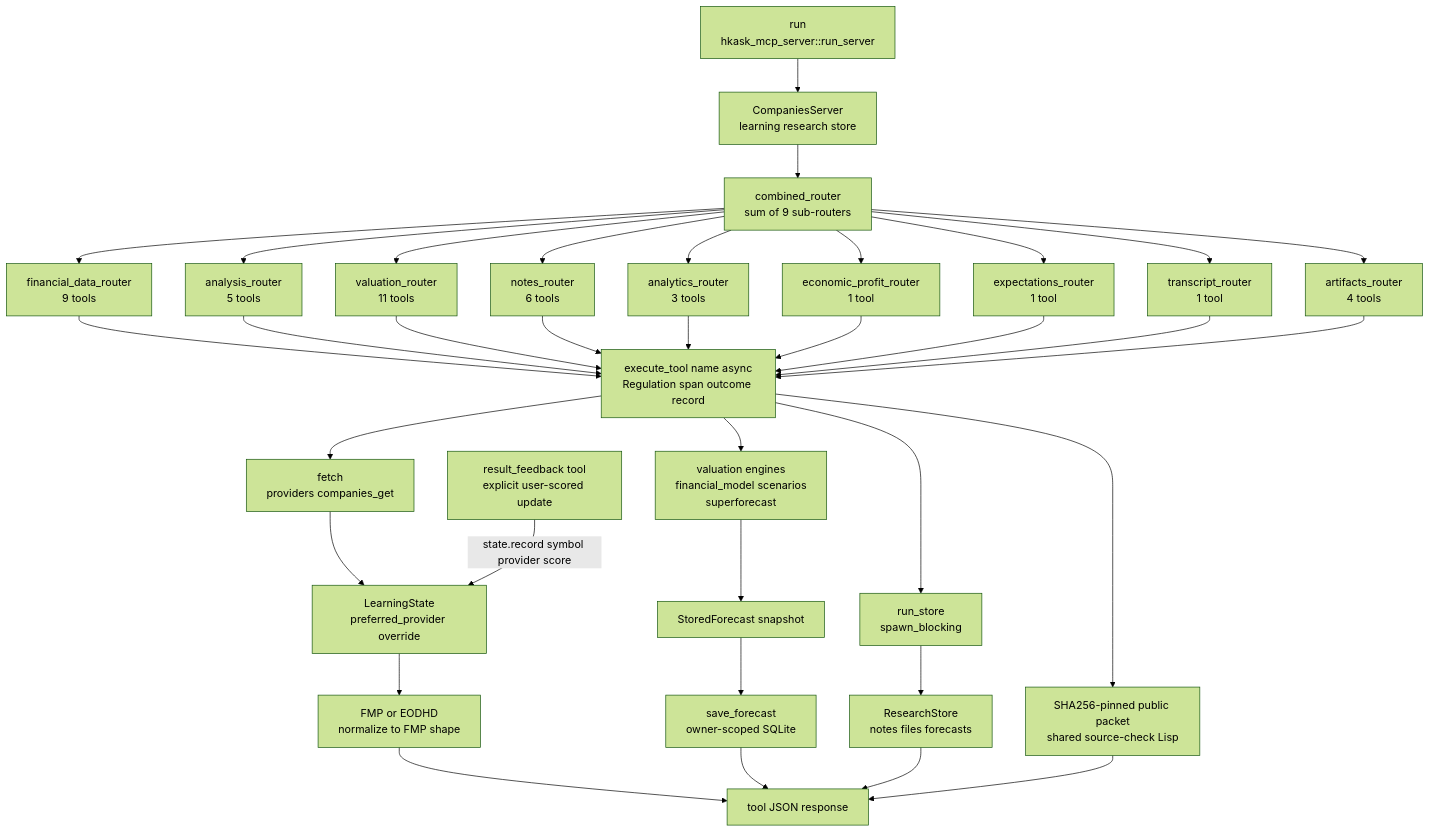
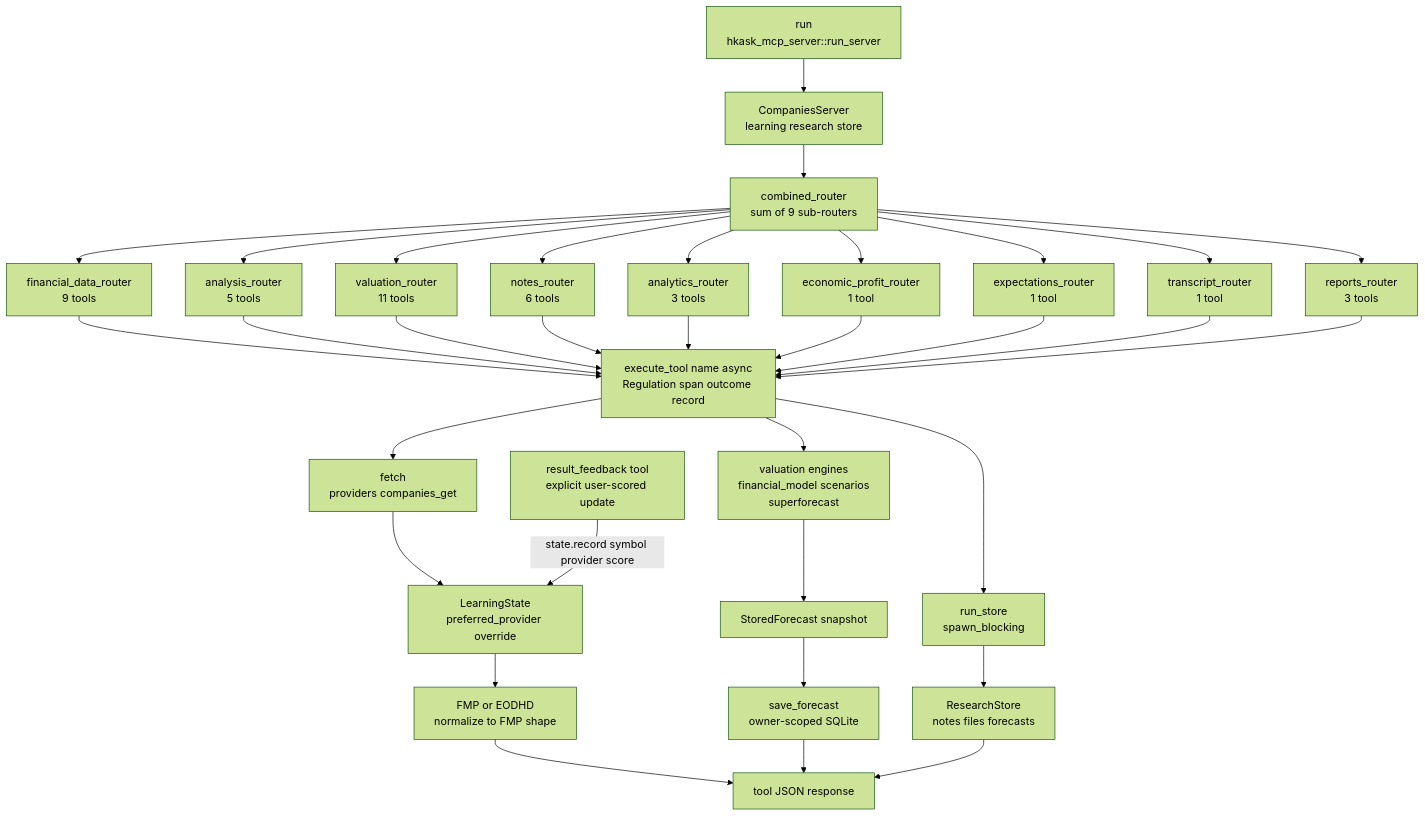
The second of 2 diagrams in kask/docs/reference/mcp-servers/companies.md (mdz-axo/zed-kask), drawn with Mermaid (forest theme) before and after one commit. The commit also changed other lines of this file and 43 other files, not shown here.

````diff
--- a/kask/docs/reference/mcp-servers/companies.md
+++ b/kask/docs/reference/mcp-servers/companies.md
@@ -126,39 +126,37 @@
 ```mermaid
 flowchart TD
     Boot["run<br/>hkask_mcp_server::run_server"]
     Boot --> Srv["CompaniesServer<br/>learning research store"]
     Srv --> Comb["combined_router<br/>sum of 9 sub-routers"]
     Comb --> R1["financial_data_router<br/>9 tools"]
     Comb --> R2["analysis_router<br/>5 tools"]
     Comb --> R3["valuation_router<br/>11 tools"]
     Comb --> R4["notes_router<br/>6 tools"]
     Comb --> R5["analytics_router<br/>3 tools"]
     Comb --> R6["economic_profit_router<br/>1 tool"]
     Comb --> R7["expectations_router<br/>1 tool"]
     Comb --> R8["transcript_router<br/>1 tool"]
-    Comb --> R9["artifacts_router<br/>4 tools"]
+    Comb --> R9["reports_router<br/>3 tools"]
     R1 --> Seam["execute_tool name async<br/>Regulation span outcome record"]
     R2 --> Seam
     R3 --> Seam
     R4 --> Seam
     R5 --> Seam
     R6 --> Seam
     R7 --> Seam
     R8 --> Seam
     R9 --> Seam
     Seam --> SinkA["fetch<br/>providers companies_get"]
     Seam --> SinkB["valuation engines<br/>financial_model scenarios<br/>superforecast"]
     Seam --> SinkC["run_store<br/>spawn_blocking"]
-    Seam --> SinkD["SHA256-pinned public packet<br/>shared source-check Lisp"]
     SinkA --> Learn["LearningState<br/>preferred_provider override"]
     Learn --> FmpEod["FMP or EODHD<br/>normalize to FMP shape"]
     FmpEod --> Out["tool JSON response"]
     SinkB --> Stored["StoredForecast snapshot"]
     Stored --> Persist["save_forecast<br/>owner-scoped SQLite"]
     SinkC --> Ledger["ResearchStore<br/>notes files forecasts"]
     Persist --> Out
     Feedback["result_feedback tool<br/>explicit user-scored update"]
     Feedback -->|"state.record symbol provider score"| Learn
     Ledger --> Out
-    SinkD --> Out
 ```
````
